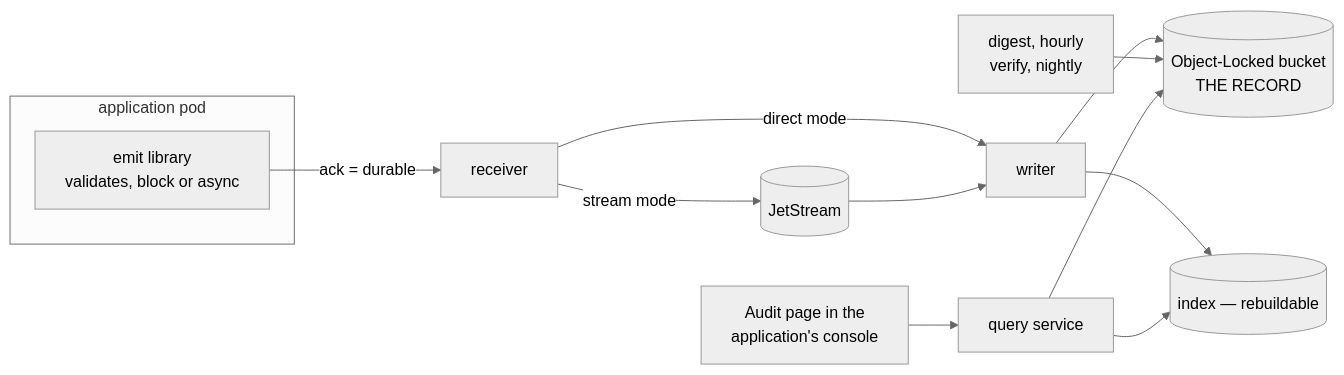
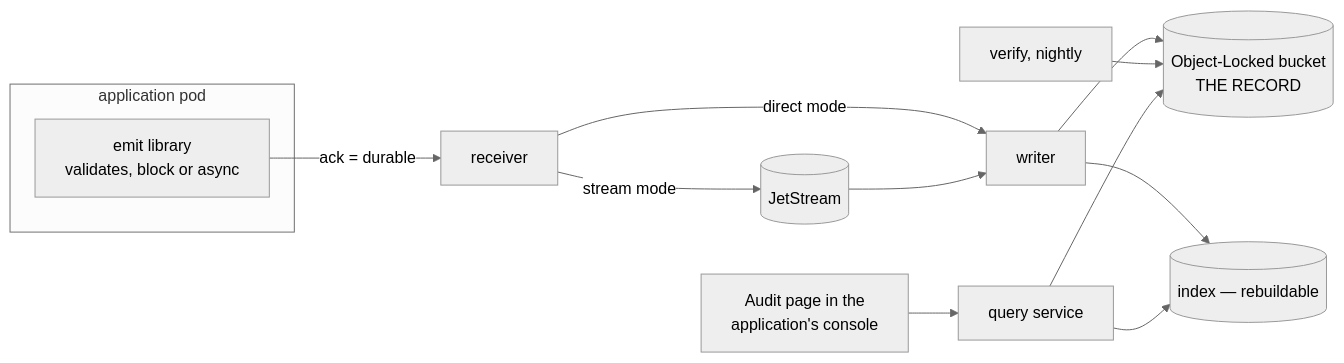
Before and after one commit to truvity/audit: the diagram in README.md, drawn with Mermaid (neutral theme). The commit also changed other lines of this file and 149 other files, not shown here.

````diff
--- a/README.md
+++ b/README.md
@@ -12,15 +12,15 @@
 ```mermaid
 flowchart LR
   subgraph app["application pod"]
     E["emit library<br/>validates, block or async"]
   end
   E -- "ack = durable" --> R["receiver"]
   R -- "direct mode" --> W["writer"]
   R -- "stream mode" --> N[("JetStream")] --> W
   W --> S3[("Object-Locked bucket<br/>THE RECORD")]
   W --> PG[("index — rebuildable")]
-  D["digest, hourly<br/>verify, nightly"] --> S3
+  D["verify, nightly"] --> S3
   Q["query service"] --> PG
   Q --> S3
   UI["Audit page in the<br/>application's console"] --> Q
 ```
````
